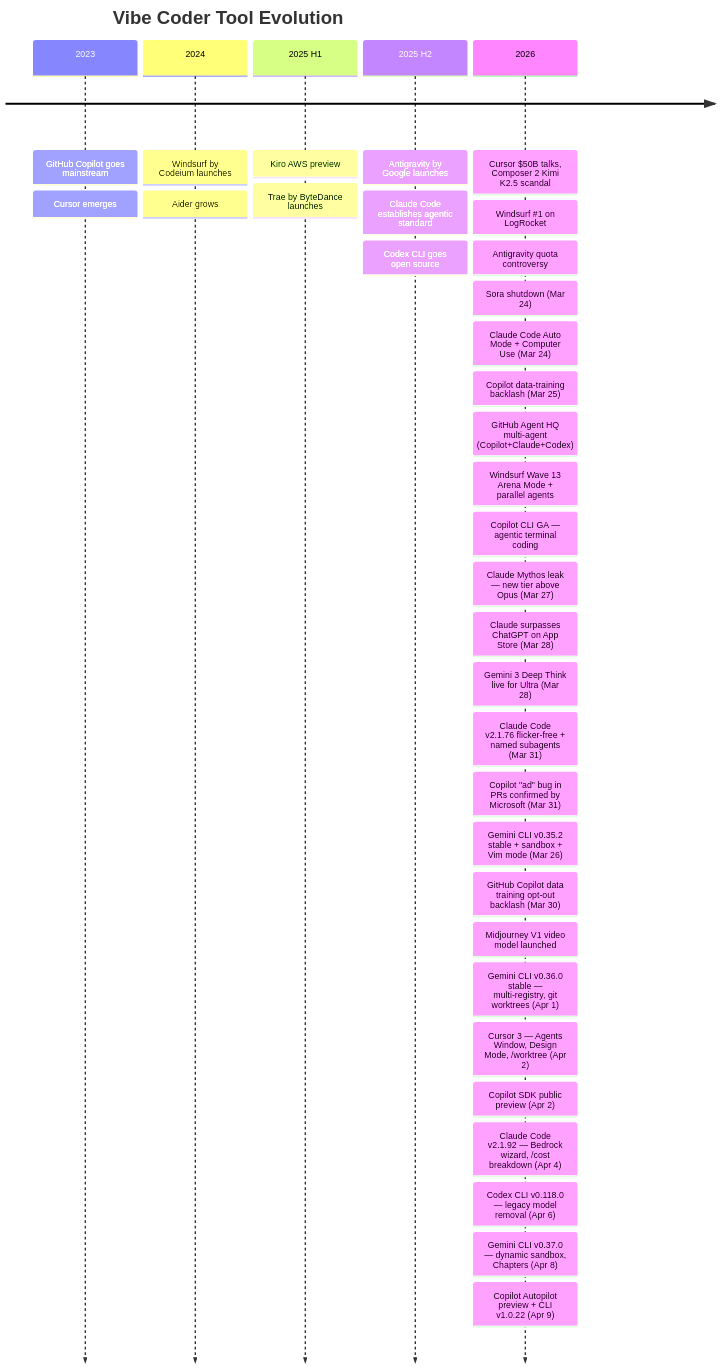
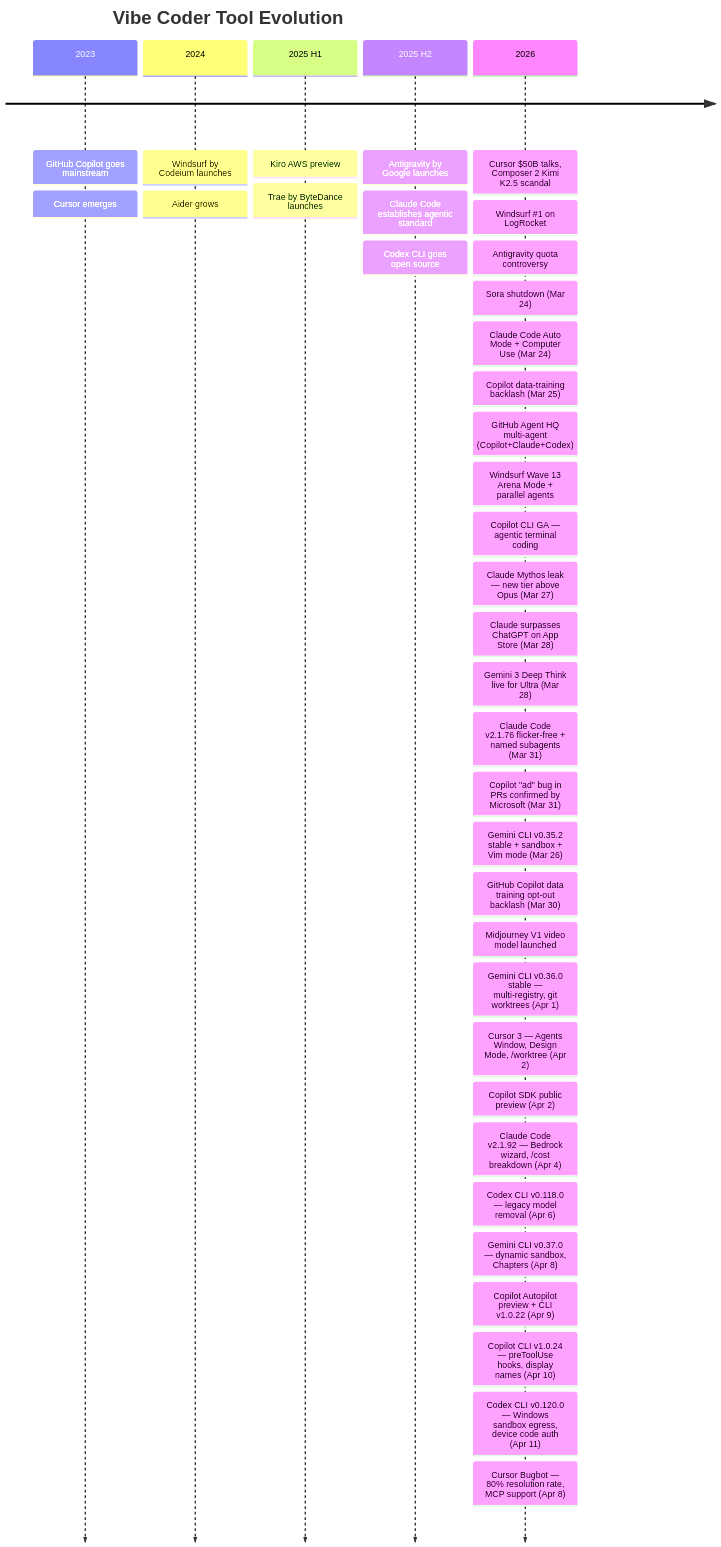
Before and after one commit to Lazere4385/ai-whatchelin: the first of 11 diagrams in README.md, drawn with Mermaid. The commit also changed other lines of this file and 2 other files, not shown here.

````diff
--- a/README.md
+++ b/README.md
@@ -116,37 +116,40 @@
 ```mermaid
 timeline
     title Vibe Coder Tool Evolution
     2023 : GitHub Copilot goes mainstream
          : Cursor emerges
     2024 : Windsurf by Codeium launches
          : Aider grows
     2025 H1 : Kiro AWS preview
             : Trae by ByteDance launches
     2025 H2 : Antigravity by Google launches
             : Claude Code establishes agentic standard
             : Codex CLI goes open source
     2026 : Cursor $50B talks, Composer 2 Kimi K2.5 scandal
          : Windsurf #1 on LogRocket
          : Antigravity quota controversy
          : Sora shutdown (Mar 24)
          : Claude Code Auto Mode + Computer Use (Mar 24)
          : Copilot data-training backlash (Mar 25)
          : GitHub Agent HQ multi-agent (Copilot+Claude+Codex)
          : Windsurf Wave 13 Arena Mode + parallel agents
          : Copilot CLI GA — agentic terminal coding
          : Claude Mythos leak — new tier above Opus (Mar 27)
          : Claude surpasses ChatGPT on App Store (Mar 28)
          : Gemini 3 Deep Think live for Ultra (Mar 28)
          : Claude Code v2.1.76 flicker-free + named subagents (Mar 31)
          : Copilot "ad" bug in PRs confirmed by Microsoft (Mar 31)
          : Gemini CLI v0.35.2 stable + sandbox + Vim mode (Mar 26)
          : GitHub Copilot data training opt-out backlash (Mar 30)
          : Midjourney V1 video model launched
          : Gemini CLI v0.36.0 stable — multi-registry, git worktrees (Apr 1)
          : Cursor 3 — Agents Window, Design Mode, /worktree (Apr 2)
          : Copilot SDK public preview (Apr 2)
          : Claude Code v2.1.92 — Bedrock wizard, /cost breakdown (Apr 4)
          : Codex CLI v0.118.0 — legacy model removal (Apr 6)
          : Gemini CLI v0.37.0 — dynamic sandbox, Chapters (Apr 8)
          : Copilot Autopilot preview + CLI v1.0.22 (Apr 9)
+         : Copilot CLI v1.0.24 — preToolUse hooks, display names (Apr 10)
+         : Codex CLI v0.120.0 — Windows sandbox egress, device code auth (Apr 11)
+         : Cursor Bugbot — 80% resolution rate, MCP support (Apr 8)
 ```
````
